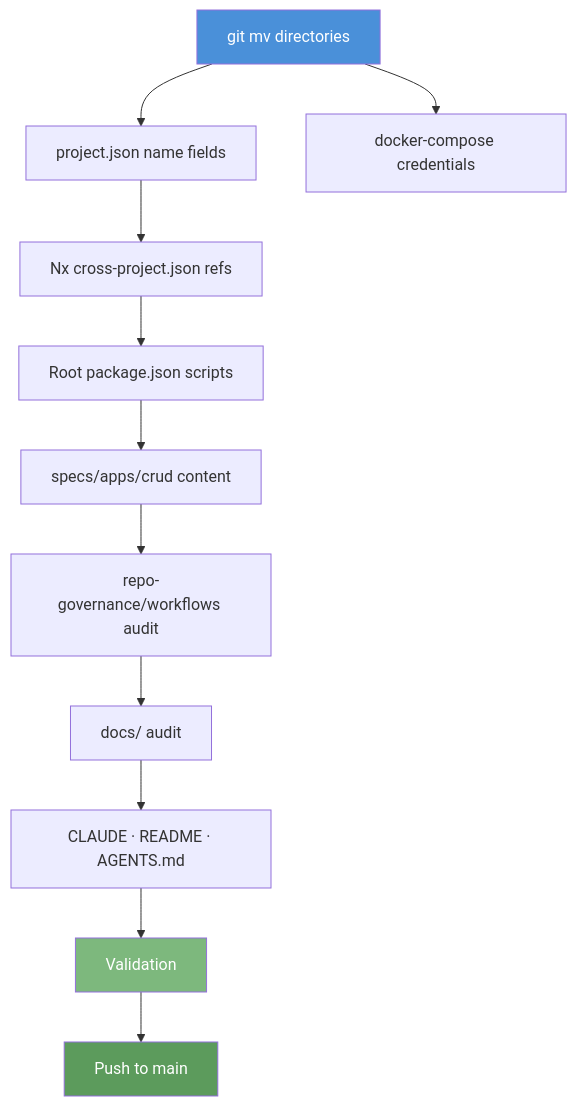
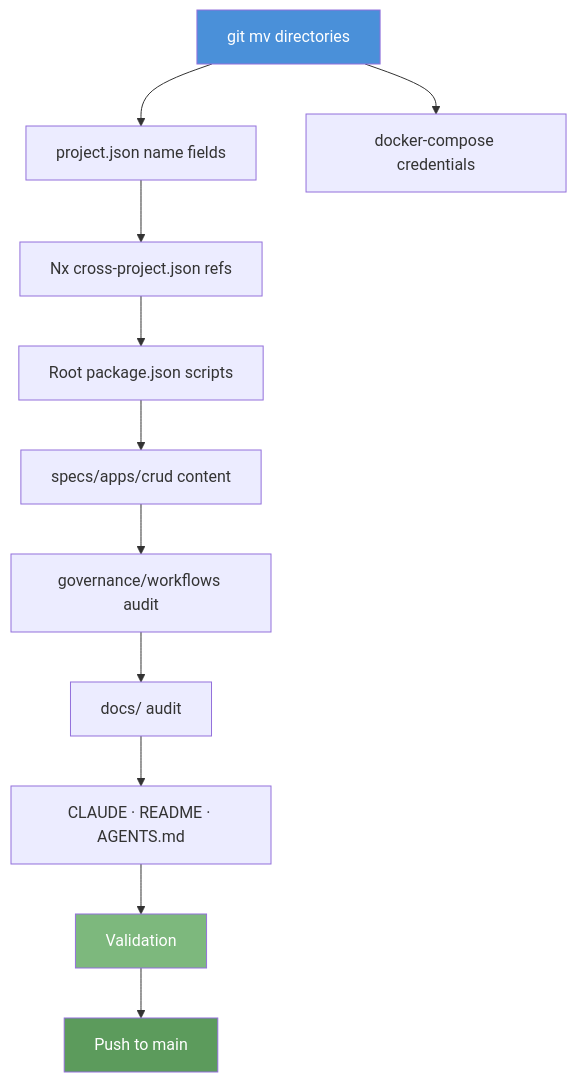
One commit to wahidyankf/ose-primer changed the diagram in plans/done/2026-04-27__rename-demo-to-crud/tech-docs.md. Above: the diagram before and after it, drawn with Mermaid. The commit also changed 1 other file, not shown here.

Commit message:
fix(plans): shorten Mermaid node labels to pass validate:mermaid hook
Both labels exceeded 30-char max:
- tech-docs.md: "repo-governance/workflows audit" (31) -> "governance/workflows audit"
- README.md: "gemini-2.5-flash-lite (mid-tier)" (32) -> "gemini-2.5-flash-lite (mid)"

````diff
--- a/plans/done/2026-04-27__rename-demo-to-crud/tech-docs.md
+++ b/plans/done/2026-04-27__rename-demo-to-crud/tech-docs.md
@@ -66,17 +66,17 @@
 ```mermaid
 flowchart TD
     A[git mv directories] --> B[project.json name fields]
     A --> C[docker-compose credentials]
     B --> D[Nx cross-project.json refs]
     D --> E[Root package.json scripts]
     E --> F[specs/apps/crud content]
-    F --> G[repo-governance/workflows audit]
+    F --> G[governance/workflows audit]
     G --> H[docs/ audit]
     H --> I[CLAUDE · README · AGENTS.md]
     I --> J[Validation]
     J --> K[Push to main]
 
     style A fill:#4A90D9,color:#fff
     style J fill:#7DB87D,color:#fff
     style K fill:#5C9B5C,color:#fff
 ```
````
